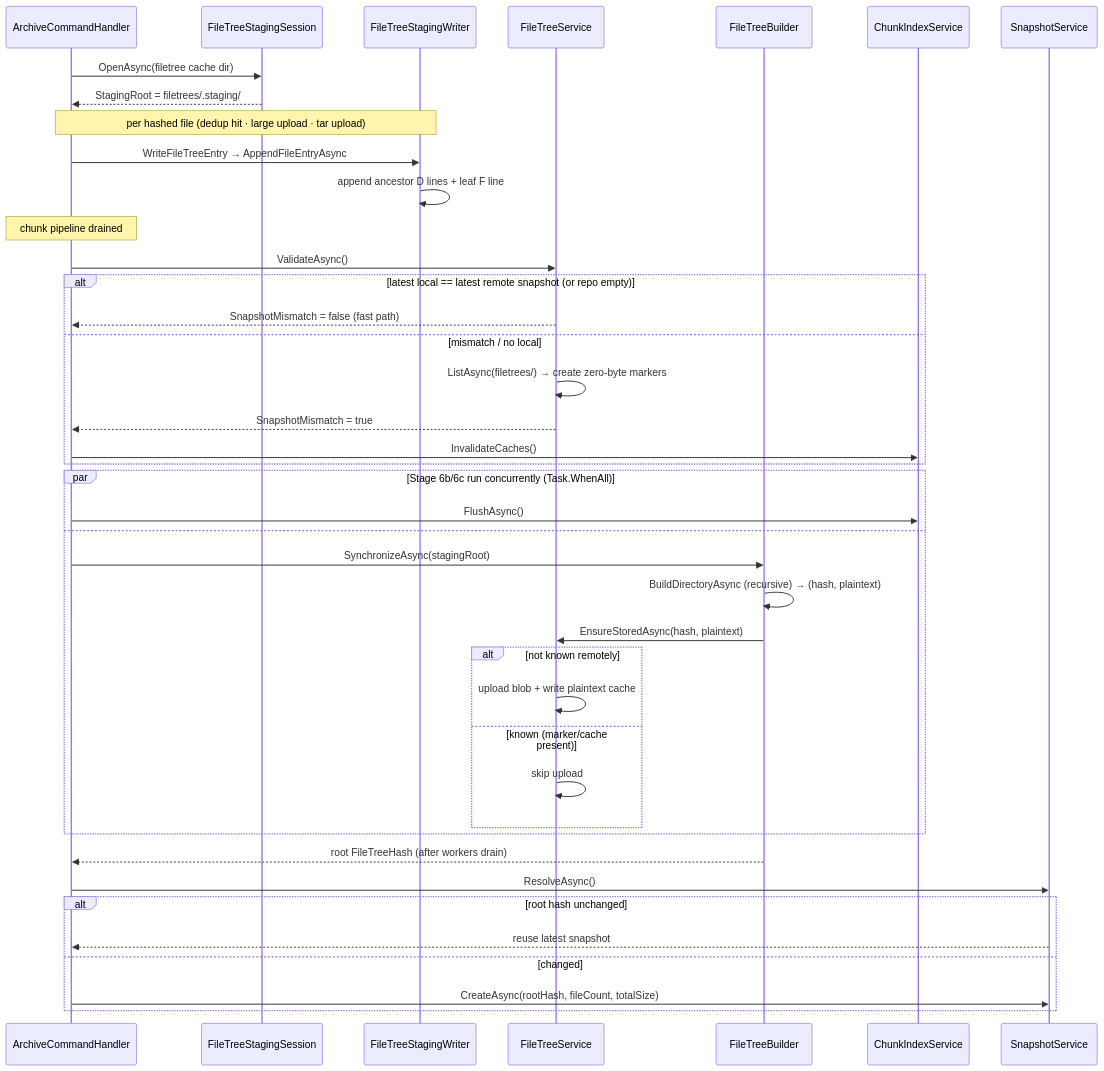
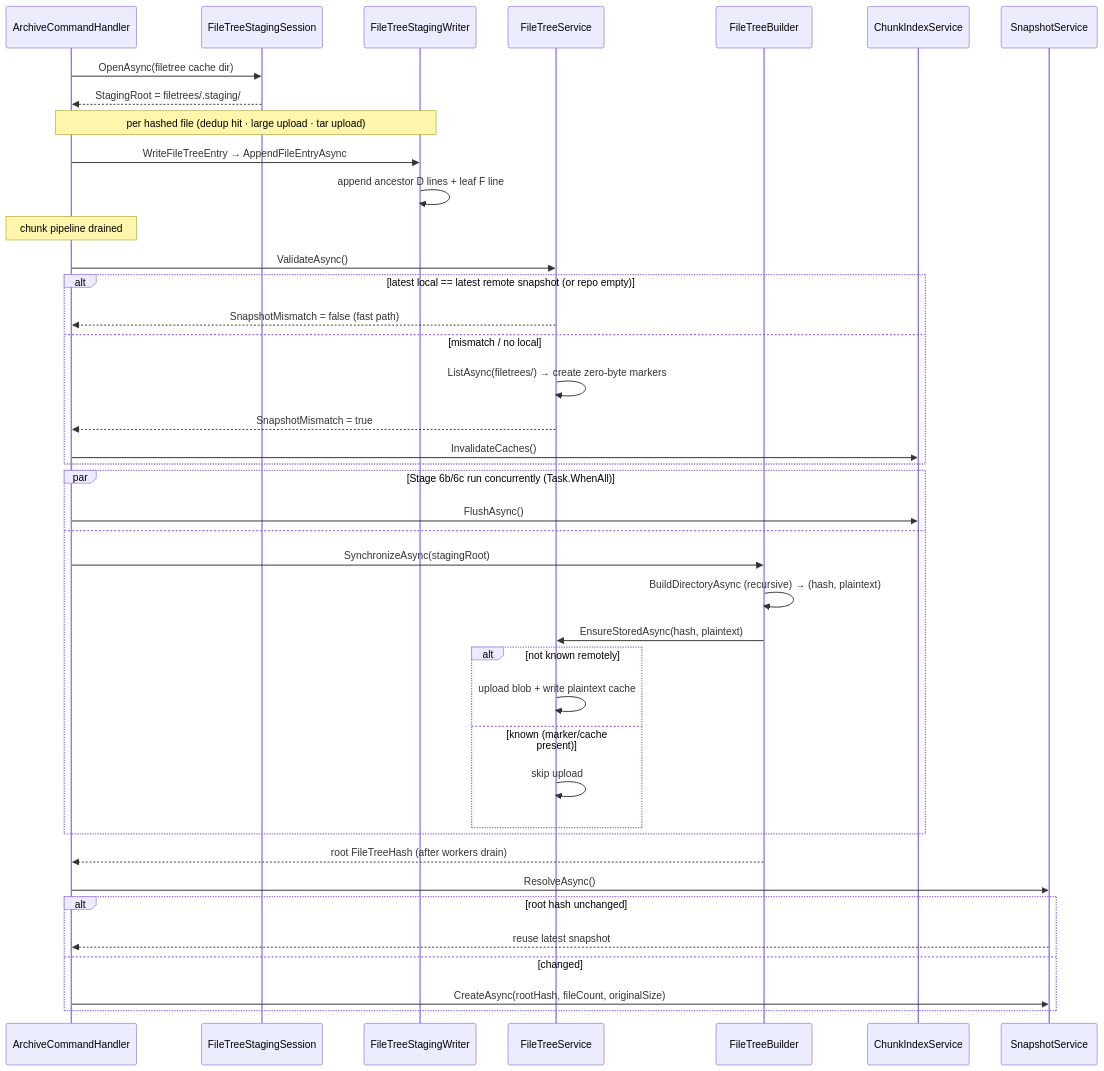
The fourth of 4 diagrams in docs/design/core/shared/filetree.md (woutervanranst/Arius7), drawn with Mermaid before and after one commit. The commit also changed 8 other files, not shown here.

````diff
--- a/docs/design/core/shared/filetree.md
+++ b/docs/design/core/shared/filetree.md
@@ -126,47 +126,47 @@
 ```mermaid
 sequenceDiagram
     participant ACH as ArchiveCommandHandler
     participant FSS as FileTreeStagingSession
     participant FSW as FileTreeStagingWriter
     participant FTS as FileTreeService
     participant FTB as FileTreeBuilder
     participant CI as ChunkIndexService
     participant Snap as SnapshotService
 
     ACH->>FSS: OpenAsync(filetree cache dir)
     FSS-->>ACH: StagingRoot = filetrees/.staging/
     Note over ACH,FSW: per hashed file (dedup hit · large upload · tar upload)
     ACH->>FSW: WriteFileTreeEntry → AppendFileEntryAsync
     FSW->>FSW: append ancestor D lines + leaf F line
 
     Note over ACH: chunk pipeline drained
     ACH->>FTS: ValidateAsync()
     alt latest local == latest remote snapshot (or repo empty)
         FTS-->>ACH: SnapshotMismatch = false (fast path)
     else mismatch / no local
         FTS->>FTS: ListAsync(filetrees/) → create zero-byte markers
         FTS-->>ACH: SnapshotMismatch = true
         ACH->>CI: InvalidateCaches()
     end
 
     par Stage 6b/6c run concurrently (Task.WhenAll)
         ACH->>CI: FlushAsync()
     and
         ACH->>FTB: SynchronizeAsync(stagingRoot)
         FTB->>FTB: BuildDirectoryAsync (recursive) → (hash, plaintext)
         FTB->>FTS: EnsureStoredAsync(hash, plaintext)
         alt not known remotely
             FTS->>FTS: upload blob + write plaintext cache
         else known (marker/cache present)
             FTS->>FTS: skip upload
         end
     end
     FTB-->>ACH: root FileTreeHash (after workers drain)
 
     ACH->>Snap: ResolveAsync()
     alt root hash unchanged
         Snap-->>ACH: reuse latest snapshot
     else changed
-        ACH->>Snap: CreateAsync(rootHash, fileCount, totalSize)
+        ACH->>Snap: CreateAsync(rootHash, fileCount, originalSize)
     end
 ```
````
